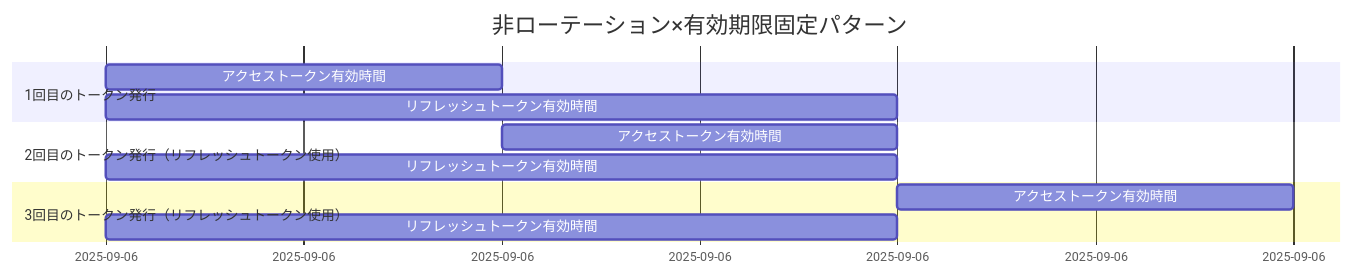
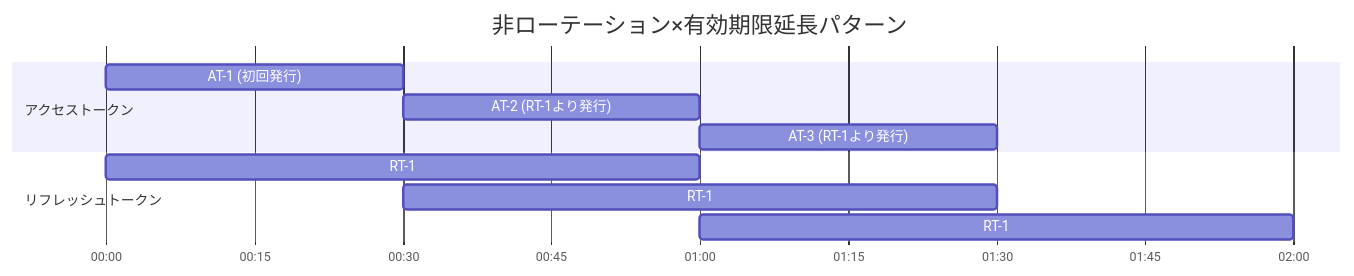
Before and after one commit to hirokazu-kobayashi-koba-hiro/idp-server: the fourth of 4 diagrams in documentation/i18n/ja/docusaurus-plugin-content-docs/current/content_05_how-to/token-strategy.md, drawn with Mermaid. The commit also changed other lines of this file, not shown here.

````diff
--- a/documentation/i18n/ja/docusaurus-plugin-content-docs/current/content_05_how-to/token-strategy.md
+++ b/documentation/i18n/ja/docusaurus-plugin-content-docs/current/content_05_how-to/token-strategy.md
@@ -97,14 +101,14 @@
 ```mermaid
 gantt
-    title 非ローテーション×有効期限固定パターン
+    title 非ローテーション×有効期限延長パターン
     dateFormat HH:mm
-    section 1回目のトークン発行
-        アクセストークン有効時間: a1, 00:00, 30m
-        リフレッシュトークン有効時間: token, 00:00, 60m
-    section 2回目のトークン発行（リフレッシュトークン使用）
-        アクセストークン有効時間: b1, 00:30, 30m
-        リフレッシュトークン有効時間: token, 00:00, 60m
-    section 3回目のトークン発行（リフレッシュトークン使用）
-        アクセストークン有効時間: c1, 01:00, 30m
-        リフレッシュトークン有効時間: token, 00:00, 60m
+    axisFormat %H:%M
+    section アクセストークン
+        AT-1 (初回発行): a1, 00:00, 30m
+        AT-2 (RT-1より発行): a2, 00:30, 30m
+        AT-3 (RT-1より発行): a3, 01:00, 30m
+    section リフレッシュトークン
+        RT-1: r1, 00:00, 60m
+        RT-1: r2, 00:30, 60m
+        RT-1: r3, 01:00, 60m
 ```
````
